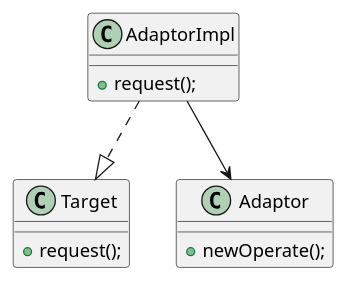
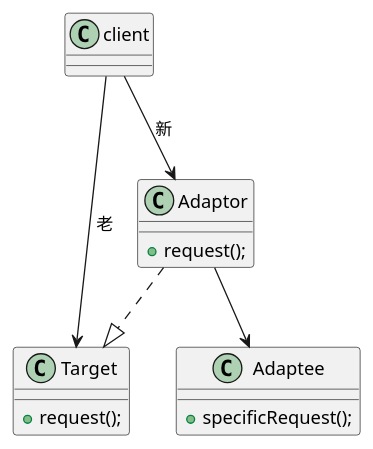
The diagram in src/main/java/StructurePattern/adatorPattern/AdaptorStructure.puml (ruochenliao/designpattern), drawn with PlantUML before and after one commit.

Commit message:
组合

```diff
--- a/src/main/java/StructurePattern/adatorPattern/AdaptorStructure.puml
+++ b/src/main/java/StructurePattern/adatorPattern/AdaptorStructure.puml
@@ -1,18 +1,19 @@
 @startuml
 
 class Target{
     +request();
 }
 
-class AdaptorImpl{
+class Adaptor{
     +request();
 }
 
-class Adaptor{
-    +newOperate();
+class Adaptee{
+    +specificRequest();
 }
 
-AdaptorImpl ..|> Target
-AdaptorImpl --> Adaptor
-
+Adaptor ..|> Target
+Adaptor --> Adaptee
+client --> Adaptor: 新
+client --> Target: 老
 @enduml
```
